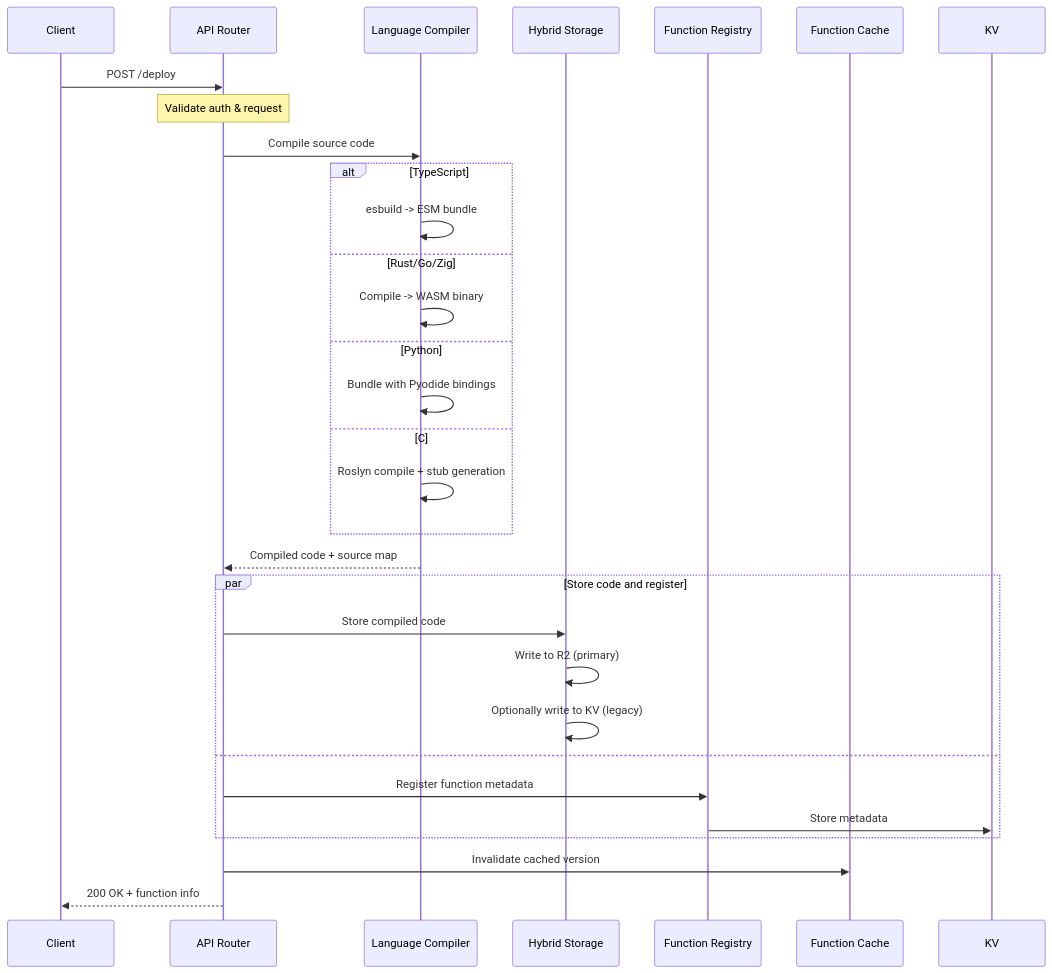
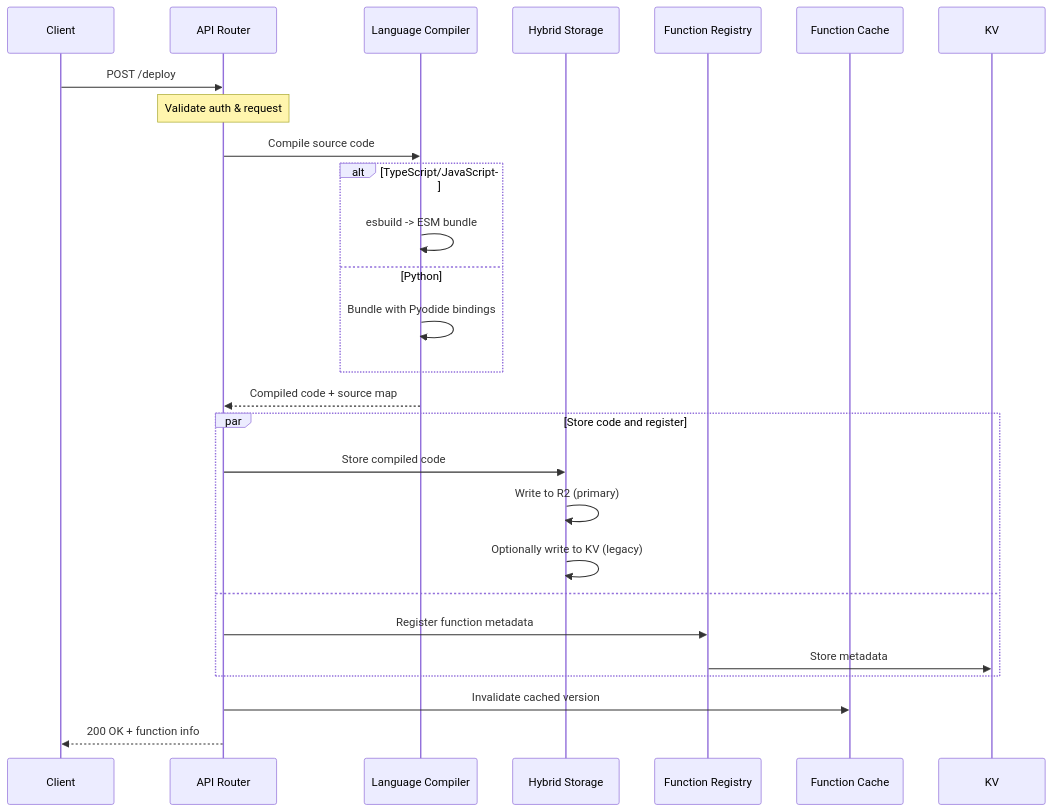
Before and after one commit to dot-do/functions: the second of 10 diagrams in docs/architecture/overview.md, drawn with Mermaid. The commit also changed other lines of this file and 14 other files, not shown here.

````diff
--- a/docs/architecture/overview.md
+++ b/docs/architecture/overview.md
@@ -78,39 +75,35 @@
 ```mermaid
 sequenceDiagram
     participant Client
     participant Router as API Router
     participant Compiler as Language Compiler
     participant Storage as Hybrid Storage
     participant Registry as Function Registry
     participant Cache as Function Cache
 
     Client->>Router: POST /deploy
     Note over Router: Validate auth & request
 
     Router->>Compiler: Compile source code
 
-    alt TypeScript
+    alt TypeScript/JavaScript
         Compiler->>Compiler: esbuild -> ESM bundle
-    else Rust/Go/Zig
-        Compiler->>Compiler: Compile -> WASM binary
     else Python
         Compiler->>Compiler: Bundle with Pyodide bindings
-    else C#
-        Compiler->>Compiler: Roslyn compile + stub generation
     end
 
     Compiler-->>Router: Compiled code + source map
 
     par Store code and register
         Router->>Storage: Store compiled code
         Storage->>Storage: Write to R2 (primary)
         Storage->>Storage: Optionally write to KV (legacy)
     and
         Router->>Registry: Register function metadata
         Registry->>KV: Store metadata
     end
 
     Router->>Cache: Invalidate cached version
 
     Router-->>Client: 200 OK + function info
 ```
````
